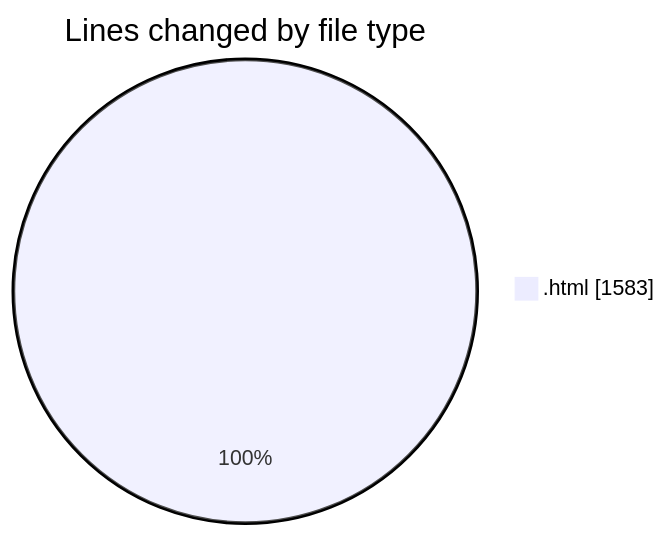
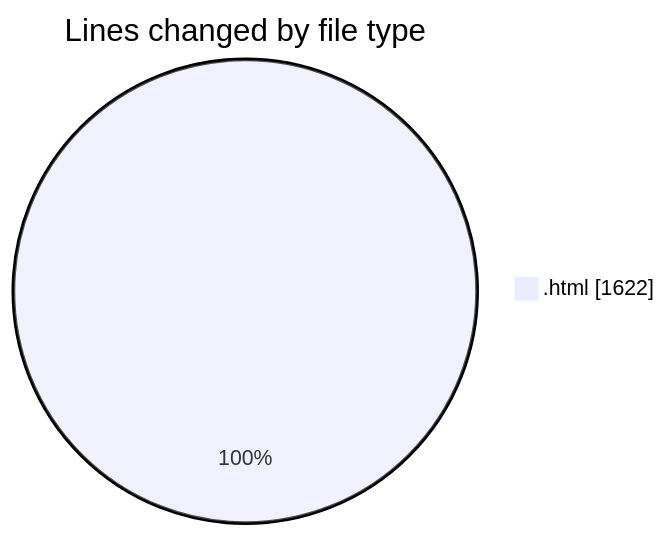
One commit to Ritupan-Deka/code-tracking changed the first of 2 diagrams in 2025-05-21/filetransfer/README.md. Above: the diagram before and after it, drawn with Mermaid. The commit also changed other lines of this file and 1 other file, not shown here.

````diff
--- a/2025-05-21/filetransfer/README.md
+++ b/2025-05-21/filetransfer/README.md
@@ -22,5 +22,5 @@
 ```mermaid
 pie showData
 title Lines changed by file type
-".html" : 1583
+".html" : 1622
 ```
````
